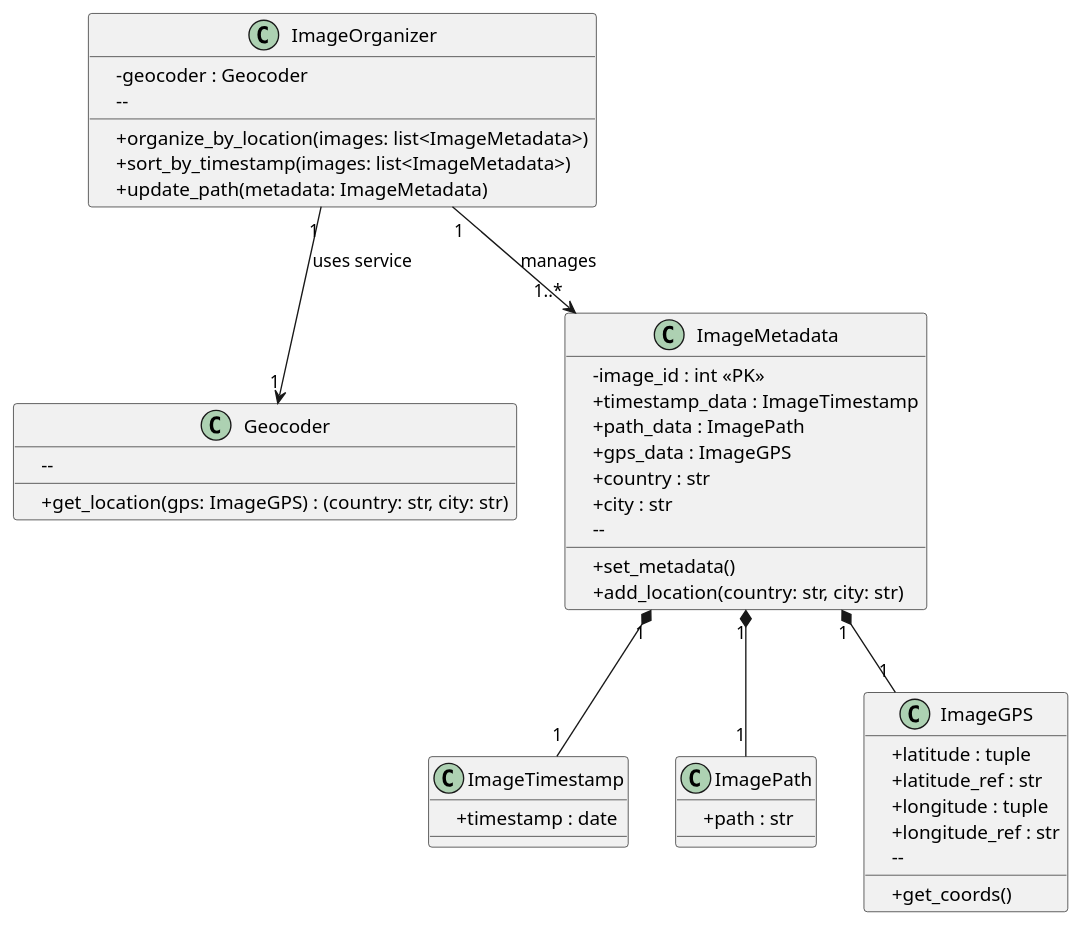
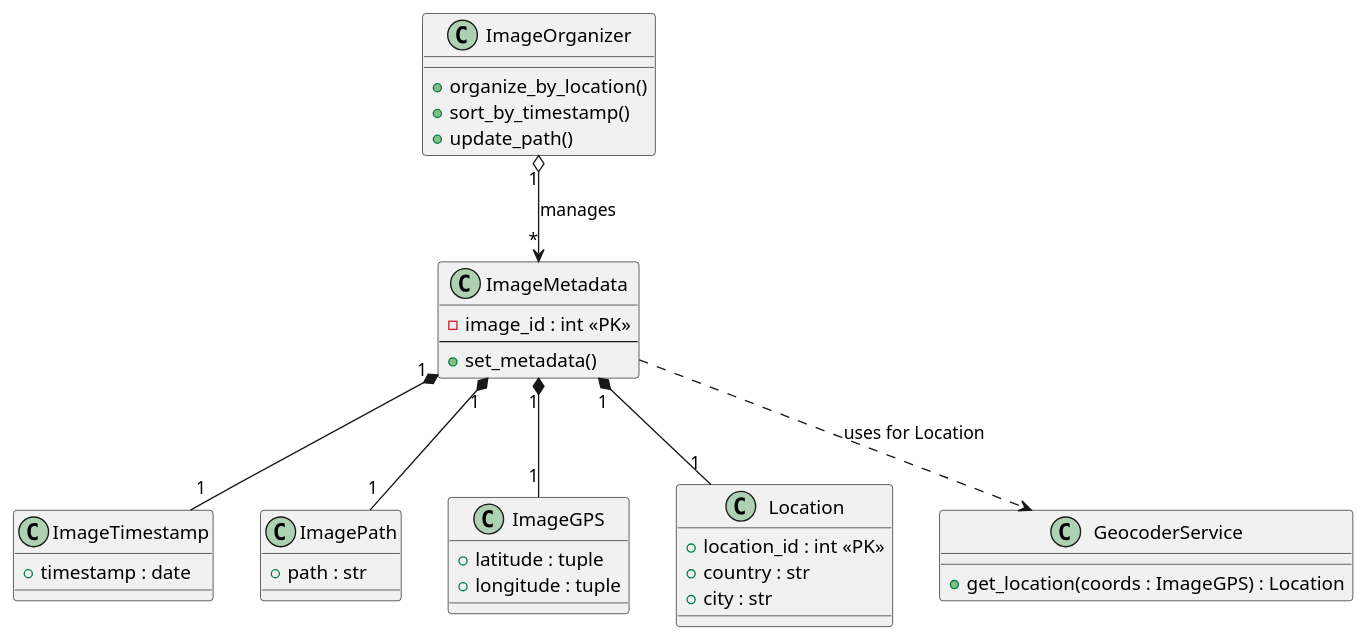
One commit to ansandnes/image-sorter changed the diagram in assets/diagrams/test.wsd. Above: the diagram before and after it, drawn with PlantUML. The commit also changed 3 other files, not shown here.

Commit message:
Refactor class diagrams: rename Geocoder to Location, update relationships, and remove unused object diagram.

```diff
--- a/assets/diagrams/test.wsd
+++ b/assets/diagrams/test.wsd
@@ -1,59 +1,57 @@
-@startuml Image-Sorter-Refined
+@startuml Image-Sorter_Final_Model
 
-' The data components
+' --- ENTITY CLASSES (Data) ---
+
 class ImageTimestamp {
-    +timestamp : date
+  +timestamp : date
 }
 
 class ImagePath {
-    +path : str
+  +path : str
 }
 
 class ImageGPS {
-    +latitude : tuple
-    +latitude_ref : str
-    +longitude : tuple
-    +longitude_ref : str
-    --
-    +get_coords()
+  +latitude : tuple
+  +longitude : tuple
 }
 
-' The service class (utility)
-class Geocoder {
-    --
-    +get_location(gps: ImageGPS) : (country: str, city: str)
+class Location {
+  +location_id : int <<PK>>
+  +country : str
+  +city : str
 }
 
-' The core object
 class ImageMetadata {
-    -image_id : int <<PK>>
-    +timestamp_data : ImageTimestamp
-    +path_data : ImagePath
-    +gps_data : ImageGPS
-    +country : str
-    +city : str
-    --
-    +set_metadata()
-    +add_location(country: str, city: str)
+  -image_id : int <<PK>>
+  --
+  +set_metadata()
 }
 
-' The manager/coordinator
-class ImageOrganizer {
-    -geocoder : Geocoder
-    --
-    +organize_by_location(images: list<ImageMetadata>)
-    +sort_by_timestamp(images: list<ImageMetadata>)
-    +update_path(metadata: ImageMetadata)
+' --- SERVICE CLASSES (Logic) ---
+
+class GeocoderService {
+  +get_location(coords : ImageGPS) : Location
 }
 
-' RELATIONSHIPS
-' ImageMetadata is composed of the data classes
+class ImageOrganizer {
+  +organize_by_location()
+  +sort_by_timestamp()
+  +update_path()
+}
+
+' --- RELATIONSHIPS ---
+
+' Composition: ImageMetadata owns the essential, dependent data.
 ImageMetadata "1" *-- "1" ImageTimestamp
 ImageMetadata "1" *-- "1" ImagePath
 ImageMetadata "1" *-- "1" ImageGPS
+ImageMetadata "1" *-- "1" Location
 
-' ImageOrganizer uses both the core object and the service
-ImageOrganizer "1" --> "1..*" ImageMetadata : manages
-ImageOrganizer "1" --> "1" Geocoder : uses service
+' Dependency CORRECTION: ImageMetadata's logic requires the Geocoder service.
+' The Location entity is passive and should not call the service.
+ImageMetadata ..> GeocoderService : uses for Location
+
+' Aggregation: The organizer manages a collection of metadata objects.
+ImageOrganizer "1" o--> "*" ImageMetadata : manages
 
 @enduml
```
